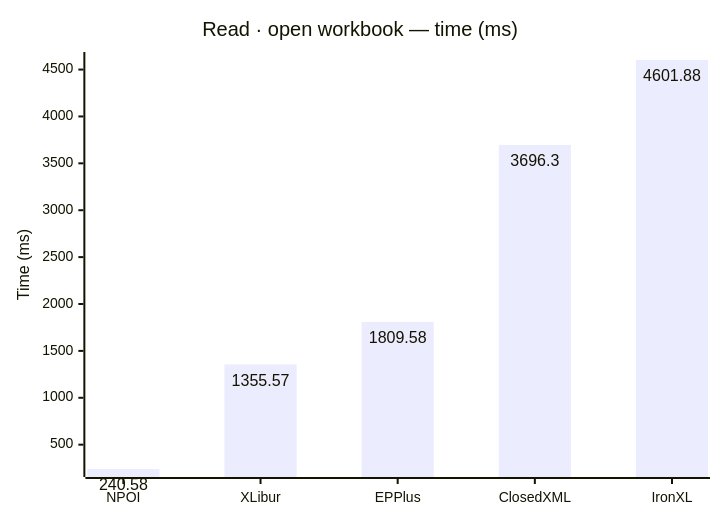
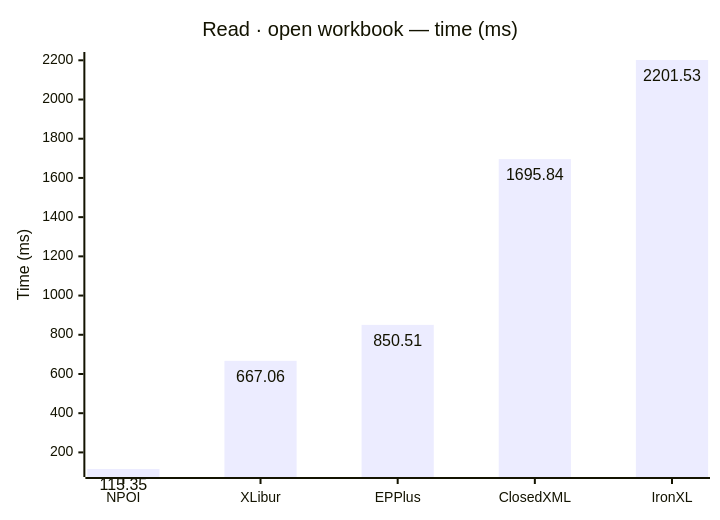
One commit to jafin/XLBench changed the first of 10 diagrams in docs/results.md. Above: the diagram before and after it, drawn with Mermaid. The commit also changed other lines of this file and 5 other files, not shown here.

````diff
--- a/docs/results.md
+++ b/docs/results.md
@@ -35,12 +35,12 @@
 ```mermaid
 ---
 config:
   xyChart:
     showDataLabel: true
 ---
 xychart-beta
     title "Read · open workbook — time (ms)"
     x-axis ["NPOI", "XLibur", "EPPlus", "ClosedXML", "IronXL"]
     y-axis "Time (ms)"
-    bar [240.58, 1355.57, 1809.58, 3696.3, 4601.88]
+    bar [115.35, 667.06, 850.51, 1695.84, 2201.53]
 ```
````
